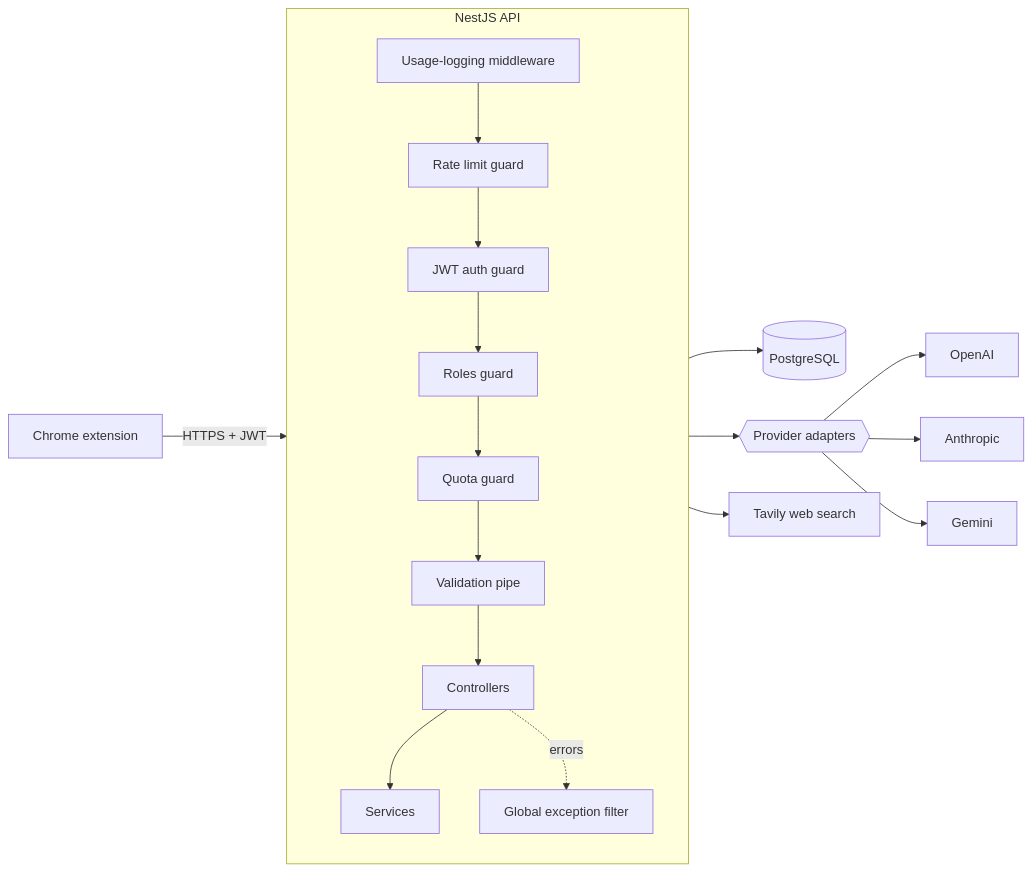
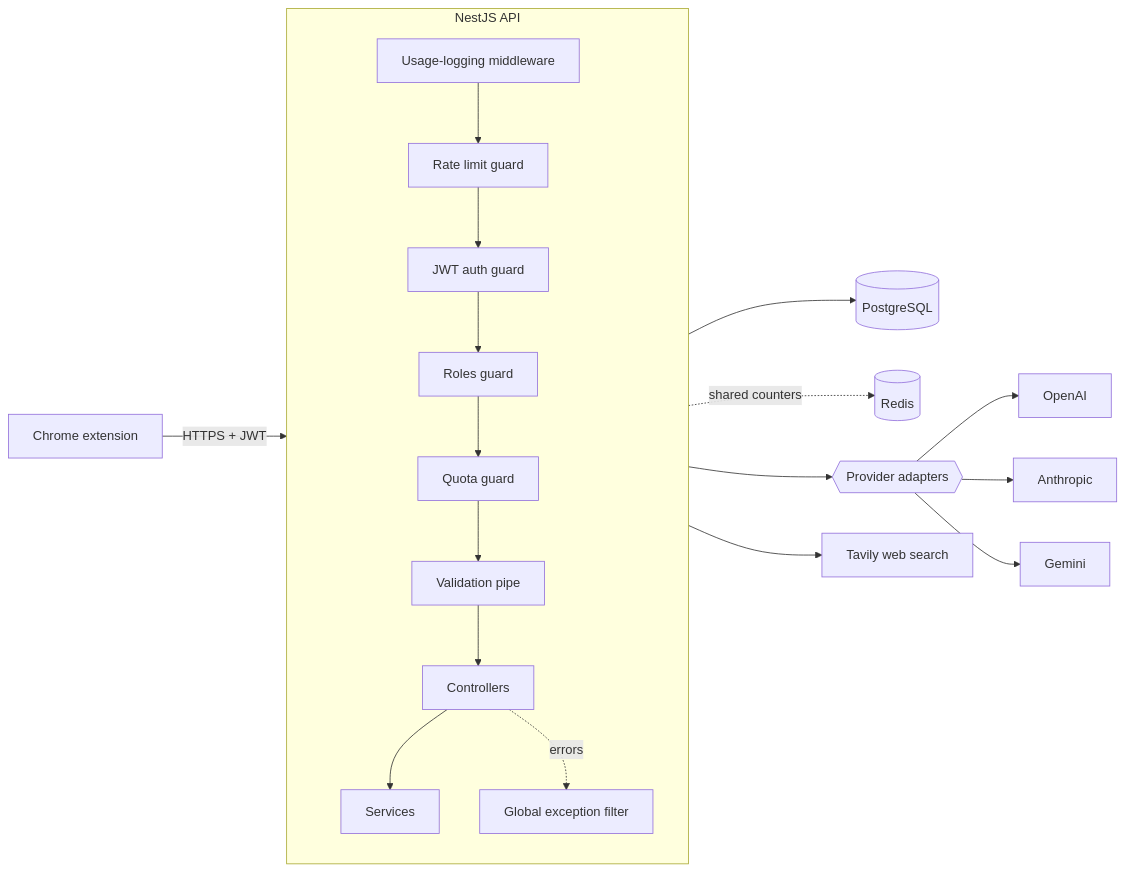
The first of 2 diagrams in README.md (nfsrishty/echogpt-backend), drawn with Mermaid before and after one commit. The commit also changed other lines of this file, not shown here.

Commit message:
docs: document Redis rate limiting and update scalability plan

````diff
--- a/README.md
+++ b/README.md
@@ -157,18 +159,19 @@
 ```mermaid
 flowchart LR
     EXT[Chrome extension] -->|HTTPS + JWT| API
 
     subgraph API[NestJS API]
         direction TB
         MW[Usage-logging middleware] --> G1[Rate limit guard] --> G2[JWT auth guard] --> G3[Roles guard] --> G4[Quota guard] --> VP[Validation pipe] --> C[Controllers]
         C --> S[Services]
         C -.errors.-> F[Global exception filter]
     end
 
     S --> DB[(PostgreSQL)]
+    G1 -.shared counters.-> RD[(Redis)]
     S --> AD{{Provider adapters}}
     AD --> OAI[OpenAI]
     AD --> ANT[Anthropic]
     AD --> GEM[Gemini]
     S --> TAV[Tavily web search]
 ```
````
